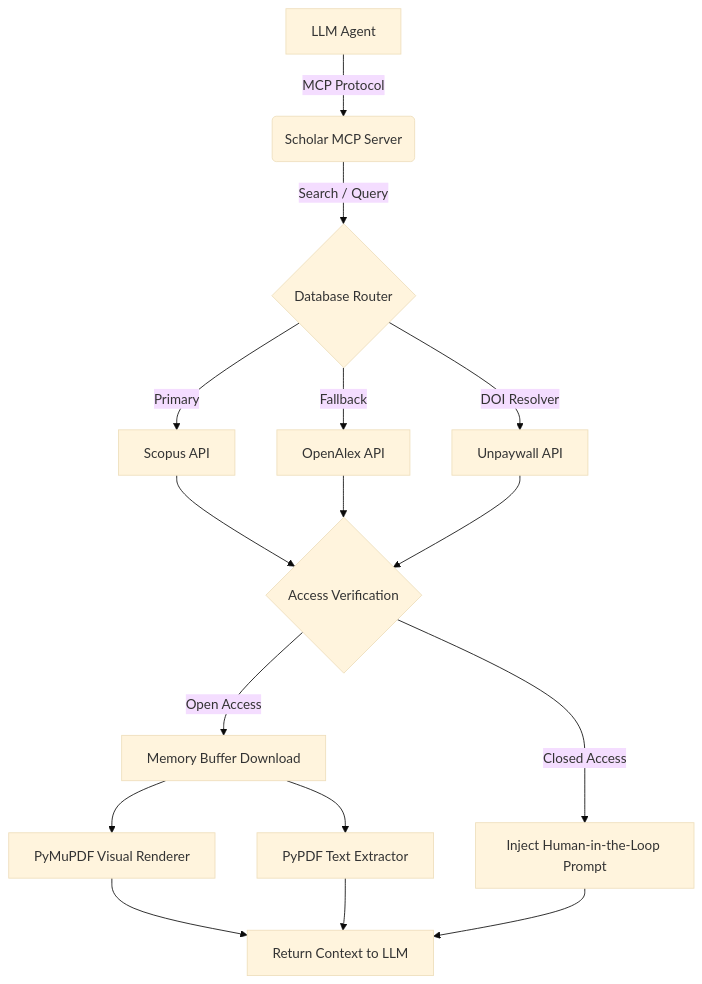
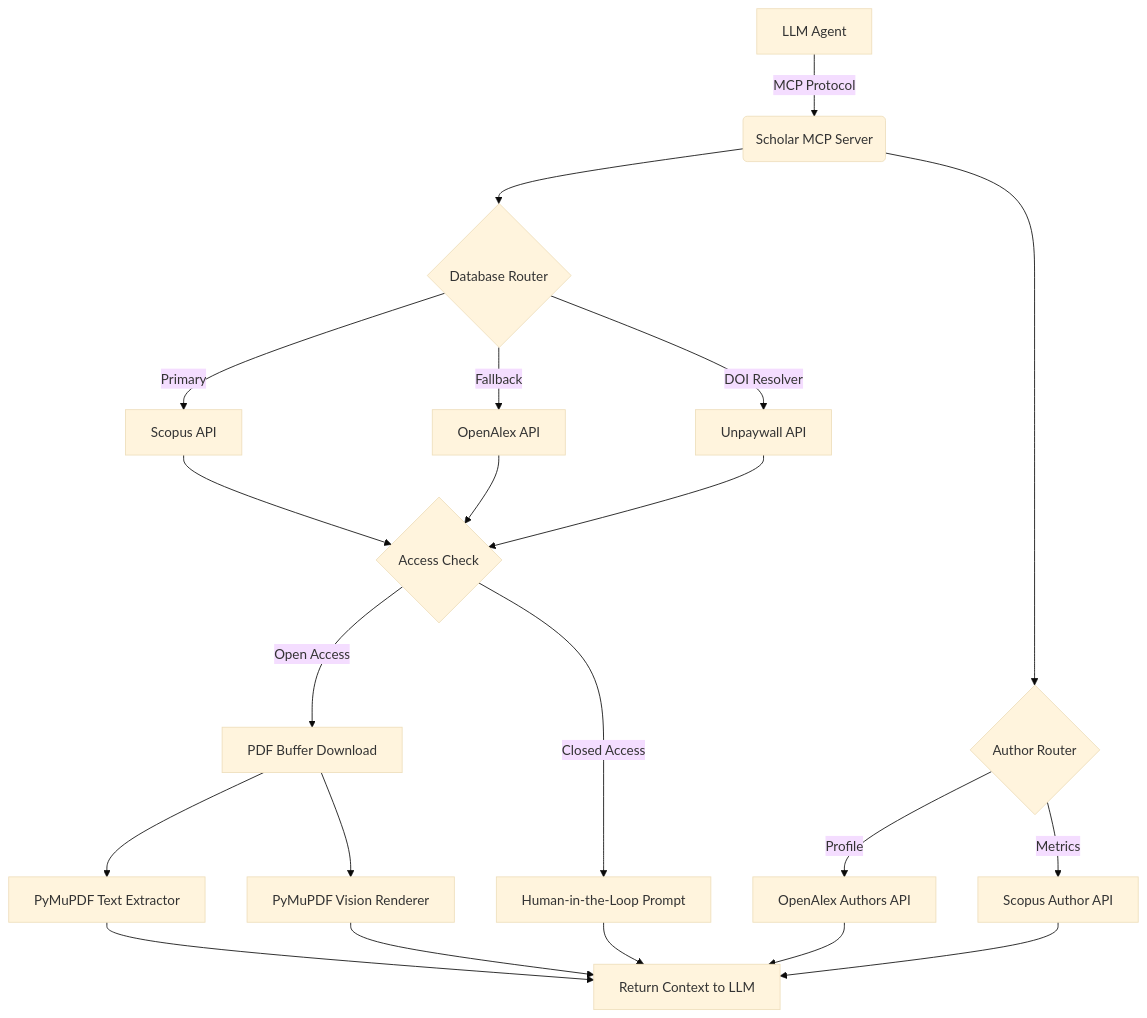
The diagram in README.md (mlintangmz2765/Scholar-MCP), drawn with Mermaid (base theme) before and after one commit. The commit also changed other lines of this file and 2 other files, not shown here.

````diff
--- a/README.md
+++ b/README.md
@@ -23,18 +39,23 @@
 ```mermaid
 graph TD
     A[LLM Agent] -->|MCP Protocol| B(Scholar MCP Server)
-    B -->|Search / Query| C{Database Router}
+    B --> C{Database Router}
     C -->|Primary| D[Scopus API]
     C -->|Fallback| E[OpenAlex API]
     C -->|DOI Resolver| F[Unpaywall API]
-    D --> G{Access Verification}
+    D --> G{Access Check}
     E --> G
     F --> G
-    G -->|Open Access| H[Memory Buffer Download]
-    G -->|Closed Access| I[Inject Human-in-the-Loop Prompt]
-    H --> J[PyMuPDF Visual Renderer]
-    H --> K[PyPDF Text Extractor]
+    G -->|Open Access| H[PDF Buffer Download]
+    G -->|Closed Access| I[Human-in-the-Loop Prompt]
+    H --> J[PyMuPDF Text Extractor]
+    H --> K[PyMuPDF Vision Renderer]
     J --> L[Return Context to LLM]
     K --> L
     I --> L
+    B --> M{Author Router}
+    M -->|Profile| N[OpenAlex Authors API]
+    M -->|Metrics| O[Scopus Author API]
+    N --> L
+    O --> L
 ```
````
